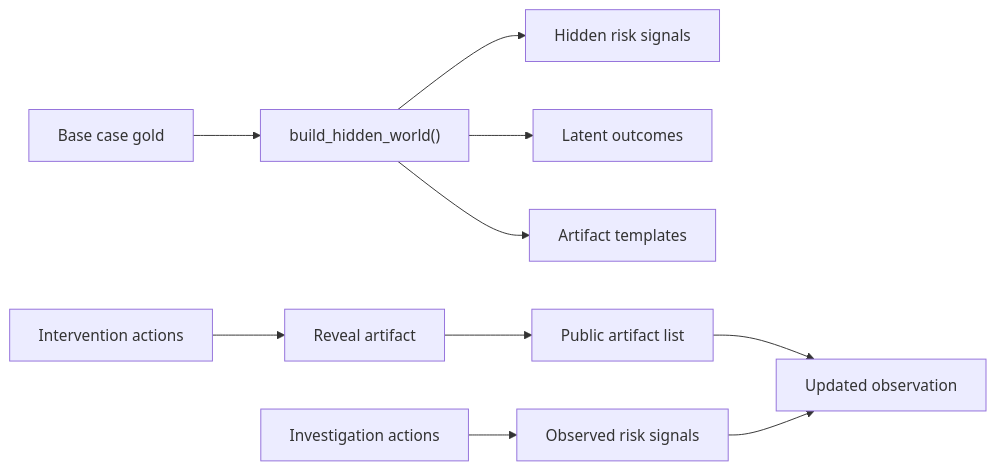
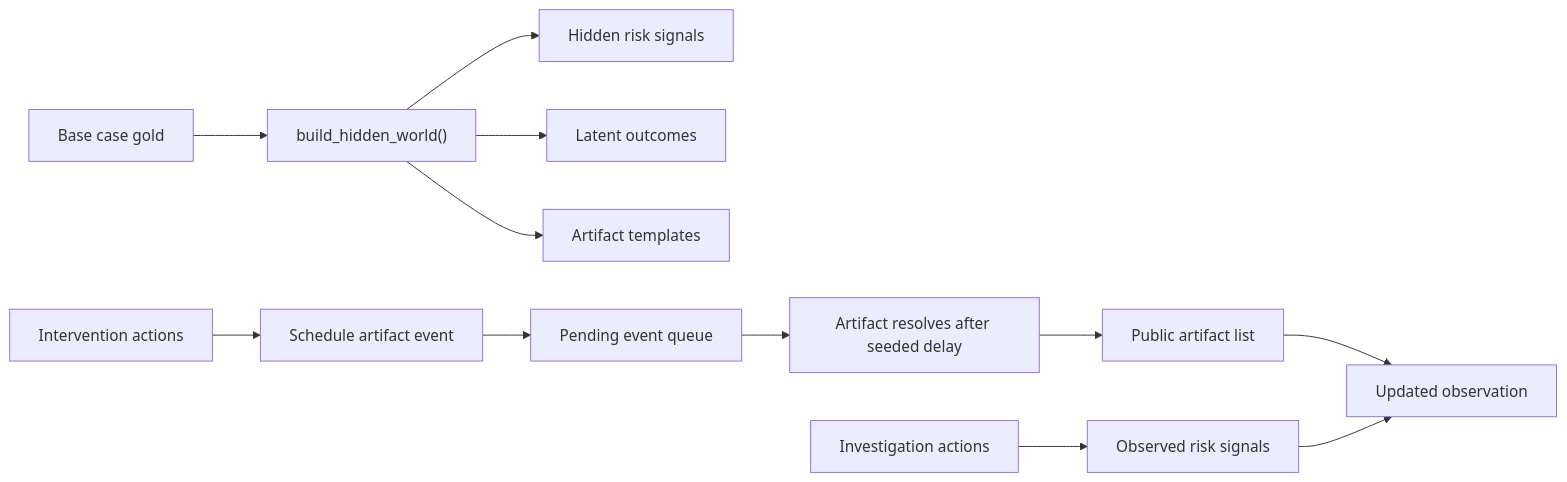
One commit to BiradarScripts/Meta-s-LedgerShield changed the fourth of 5 diagrams in README.md. Above: the diagram before and after it, drawn with Mermaid. The commit also changed other lines of this file and 18 other files, not shown here.

````diff
--- a/README.md
+++ b/README.md
@@ -462,13 +472,15 @@
 ```mermaid
 flowchart LR
     A["Base case gold"] --> B["build_hidden_world()"]
     B --> C["Hidden risk signals"]
     B --> D["Latent outcomes"]
     B --> E["Artifact templates"]
 
     F["Investigation actions"] --> G["Observed risk signals"]
-    H["Intervention actions"] --> I["Reveal artifact"]
-    I --> J["Public artifact list"]
-    J --> K["Updated observation"]
-    G --> K
+    H["Intervention actions"] --> I["Schedule artifact event"]
+    I --> J["Pending event queue"]
+    J --> K["Artifact resolves after seeded delay"]
+    K --> L["Public artifact list"]
+    L --> M["Updated observation"]
+    G --> M
 ```
````
